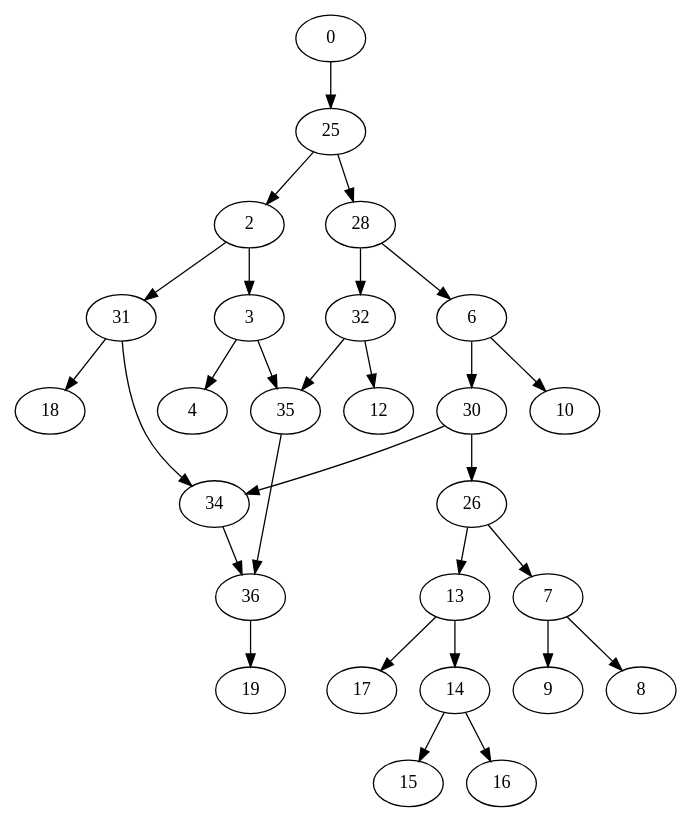
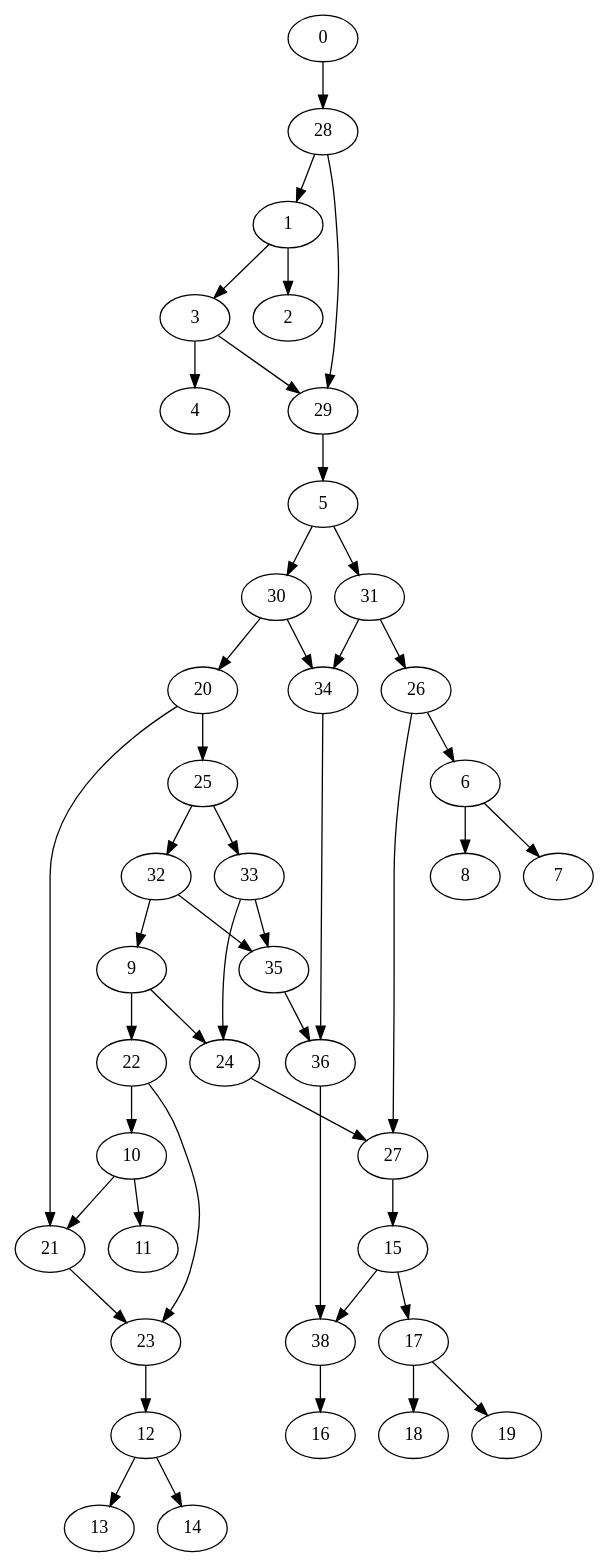
Before and after one commit to daniel-wright243/NetworkProber: the diagram in Phylogenetic Network.gv, drawn with Graphviz. The commit also changed 610 other files, not shown here.

```diff
--- a/Phylogenetic Network.gv
+++ b/Phylogenetic Network.gv
@@ -1,55 +1,87 @@
 // Phylogenetic Network
 digraph "Phylogenetic Network" {
 	0
+	1
 	2
 	3
 	4
+	5
 	6
 	7
 	8
 	9
 	10
+	11
 	12
 	13
 	14
 	15
 	16
 	17
 	18
 	19
+	20
+	21
+	22
+	23
+	24
 	25
 	26
+	27
 	28
+	29
 	30
 	31
 	32
+	33
+	34
+	35
 	36
-	0 -> 25
-	2 -> 3
-	2 -> 31
+	38
+	0 -> 28
+	1 -> 2
+	1 -> 3
 	3 -> 4
-	3 -> 35
-	6 -> 10
-	6 -> 30
-	7 -> 8
-	7 -> 9
-	13 -> 14
-	13 -> 17
-	14 -> 15
-	14 -> 16
-	25 -> 28
-	25 -> 2
-	26 -> 7
-	26 -> 13
-	28 -> 6
-	28 -> 32
-	30 -> 26
+	3 -> 29
+	5 -> 30
+	5 -> 31
+	6 -> 7
+	6 -> 8
+	9 -> 22
+	9 -> 24
+	10 -> 11
+	10 -> 21
+	12 -> 13
+	12 -> 14
+	15 -> 17
+	15 -> 38
+	17 -> 18
+	17 -> 19
+	20 -> 21
+	20 -> 25
+	21 -> 23
+	22 -> 10
+	22 -> 23
+	23 -> 12
+	24 -> 27
+	25 -> 32
+	25 -> 33
+	26 -> 6
+	26 -> 27
+	27 -> 15
+	28 -> 1
+	28 -> 29
+	29 -> 5
+	30 -> 20
 	30 -> 34
-	31 -> 18
+	31 -> 26
 	31 -> 34
-	32 -> 12
+	32 -> 9
 	32 -> 35
+	33 -> 24
+	33 -> 35
 	34 -> 36
 	35 -> 36
-	36 -> 19
+	36 -> 38
+	38 -> 16
 }
```
